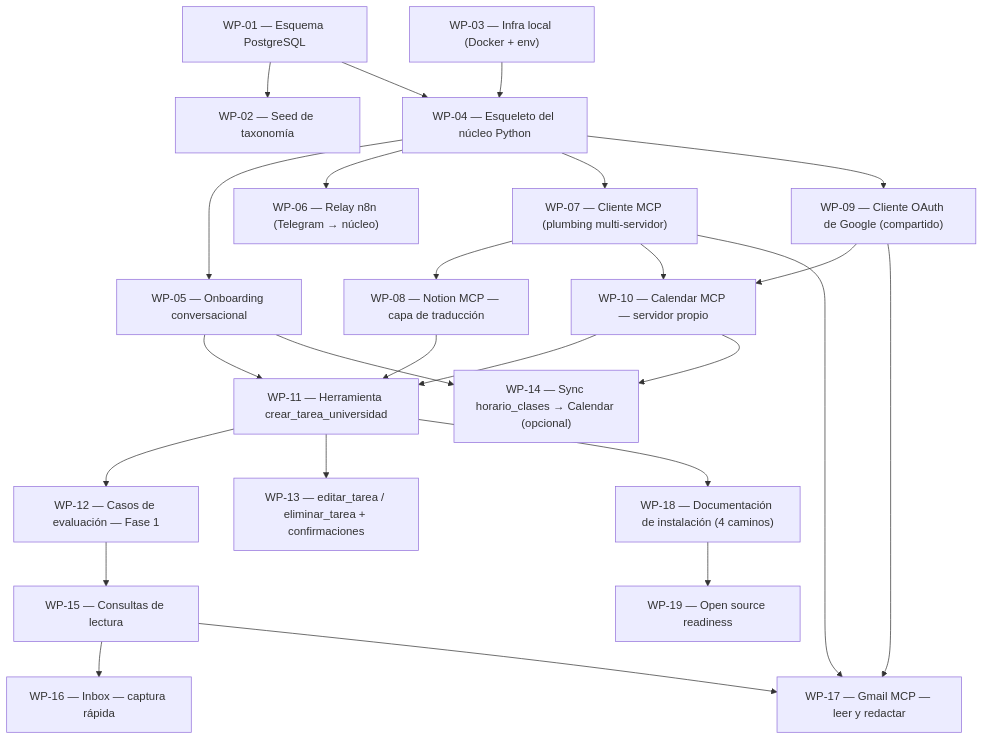
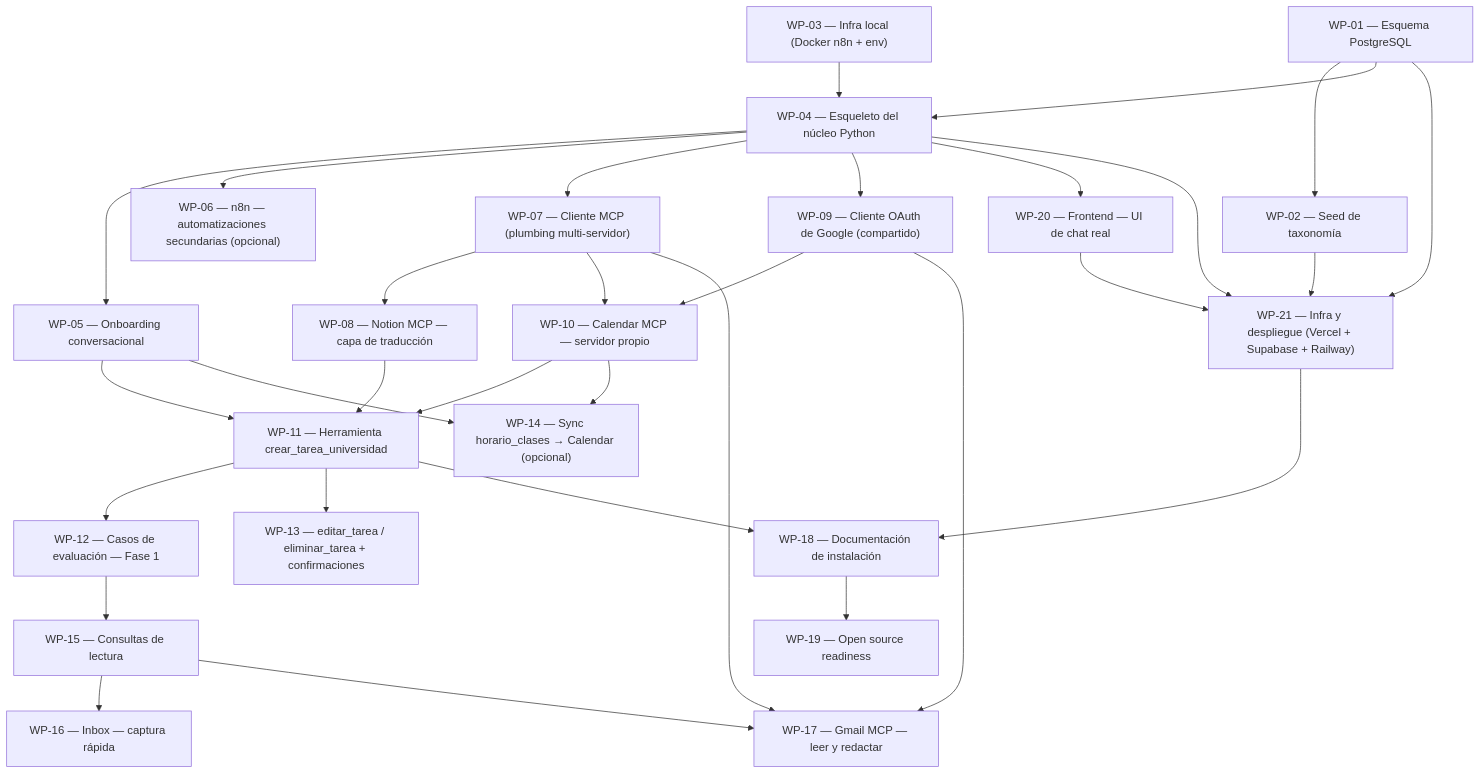
One commit to Hammad-Bellachhab/agente-planificador changed the diagram in docs/prds/ROADMAP.md. Above: the diagram before and after it, drawn with Mermaid. The commit also changed other lines of this file and 11 other files, not shown here.

Commit message:
Actualiza roadmap a arquitectura v0.4 (web/Vercel/Supabase), añade WP-20 y WP-21

````diff
--- a/docs/prds/ROADMAP.md
+++ b/docs/prds/ROADMAP.md
@@ -5,46 +5,54 @@
 ```mermaid
 graph TD
   WP-01["WP-01 — Esquema PostgreSQL"]
   WP-02["WP-02 — Seed de taxonomía"]
-  WP-03["WP-03 — Infra local (Docker + env)"]
+  WP-03["WP-03 — Infra local (Docker n8n + env)"]
   WP-04["WP-04 — Esqueleto del núcleo Python"]
   WP-05["WP-05 — Onboarding conversacional"]
-  WP-06["WP-06 — Relay n8n (Telegram → núcleo)"]
+  WP-06["WP-06 — n8n — automatizaciones secundarias (opcional)"]
   WP-07["WP-07 — Cliente MCP (plumbing multi-servidor)"]
   WP-08["WP-08 — Notion MCP — capa de traducción"]
   WP-09["WP-09 — Cliente OAuth de Google (compartido)"]
   WP-10["WP-10 — Calendar MCP — servidor propio"]
   WP-11["WP-11 — Herramienta crear_tarea_universidad"]
   WP-12["WP-12 — Casos de evaluación — Fase 1"]
   WP-13["WP-13 — editar_tarea / eliminar_tarea + confirmaciones"]
   WP-14["WP-14 — Sync horario_clases → Calendar (opcional)"]
   WP-15["WP-15 — Consultas de lectura"]
   WP-16["WP-16 — Inbox — captura rápida"]
   WP-17["WP-17 — Gmail MCP — leer y redactar"]
-  WP-18["WP-18 — Documentación de instalación (4 caminos)"]
+  WP-18["WP-18 — Documentación de instalación"]
   WP-19["WP-19 — Open source readiness"]
+  WP-20["WP-20 — Frontend — UI de chat real"]
+  WP-21["WP-21 — Infra y despliegue (Vercel + Supabase + Railway)"]
   WP-01 --> WP-02
   WP-01 --> WP-04
   WP-03 --> WP-04
   WP-04 --> WP-05
   WP-04 --> WP-06
   WP-04 --> WP-07
   WP-07 --> WP-08
   WP-04 --> WP-09
   WP-09 --> WP-10
   WP-07 --> WP-10
   WP-08 --> WP-11
   WP-10 --> WP-11
   WP-05 --> WP-11
   WP-11 --> WP-12
   WP-11 --> WP-13
   WP-05 --> WP-14
   WP-10 --> WP-14
   WP-12 --> WP-15
   WP-15 --> WP-16
   WP-09 --> WP-17
   WP-07 --> WP-17
   WP-15 --> WP-17
   WP-11 --> WP-18
+  WP-21 --> WP-18
   WP-18 --> WP-19
+  WP-04 --> WP-20
+  WP-01 --> WP-21
+  WP-02 --> WP-21
+  WP-04 --> WP-21
+  WP-20 --> WP-21
 ```
````
